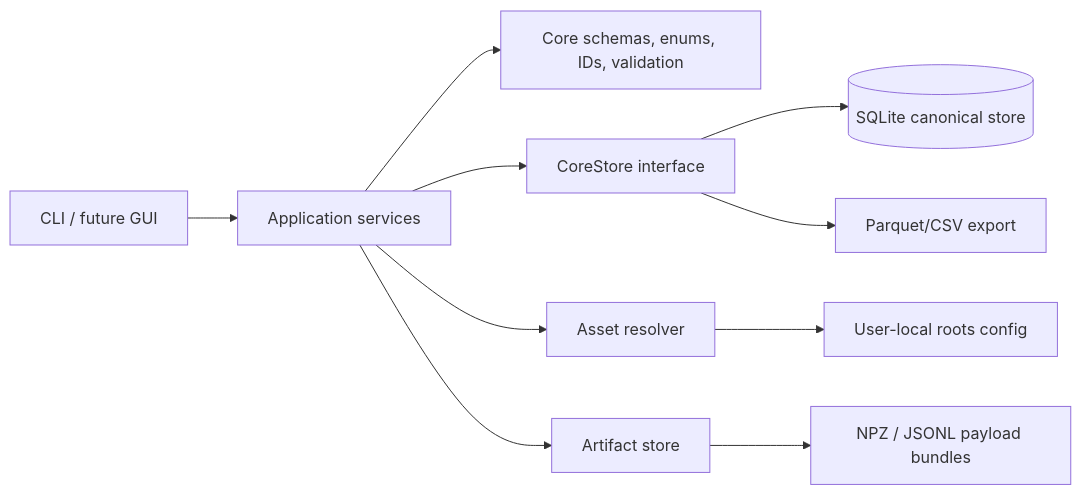
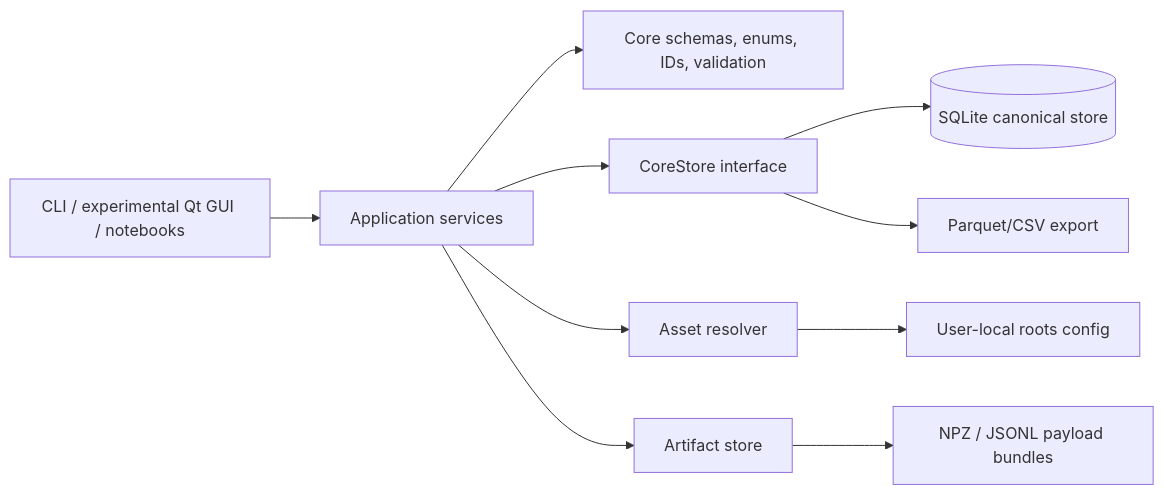
One commit to Jon-bon-Jono/Multi-Modal-Synchronisation-Workbench changed the first of 3 diagrams in docs/architecture/architecture_overview.md. Above: the diagram before and after it, drawn with Mermaid. The commit also changed other lines of this file and 9 other files, not shown here.

````diff
--- a/docs/architecture/architecture_overview.md
+++ b/docs/architecture/architecture_overview.md
@@ -3,12 +7,12 @@
 ```mermaid
 flowchart LR
-    CLI[CLI / future GUI] --> Services[Application services]
+    CLI[CLI / experimental Qt GUI / notebooks] --> Services[Application services]
     Services --> Core[Core schemas, enums, IDs, validation]
     Services --> Storage[CoreStore interface]
     Services --> Assets[Asset resolver]
     Services --> Artifacts[Artifact store]
     Storage --> SQLite[(SQLite canonical store)]
     Storage --> Export[Parquet/CSV export]
     Artifacts --> Bundles[NPZ / JSONL payload bundles]
     Assets --> Roots[User-local roots config]
 ```
````
